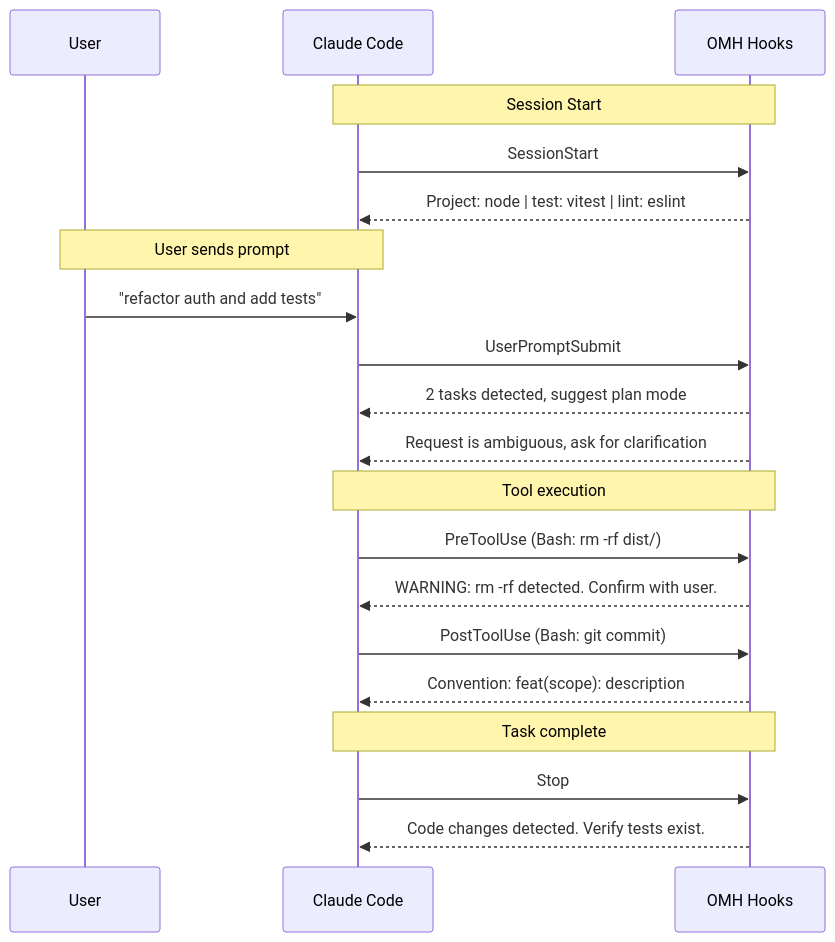
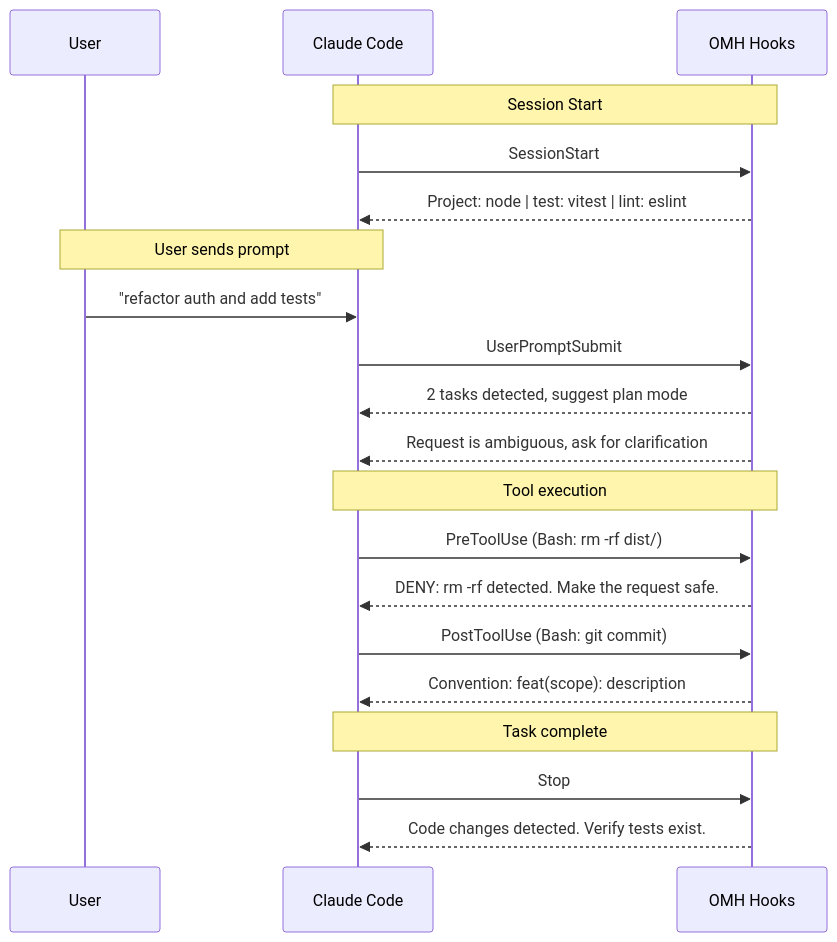
One commit to Hoya324/oh-my-harness changed the second of 3 diagrams in docs/architecture.md. Above: the diagram before and after it, drawn with Mermaid. The commit also changed other lines of this file and 15 other files, not shown here.

````diff
--- a/docs/architecture.md
+++ b/docs/architecture.md
@@ -120,27 +124,27 @@
 ```mermaid
 sequenceDiagram
     participant U as User
     participant CC as Claude Code
     participant OMH as OMH Hooks
 
     Note over CC,OMH: Session Start
     CC->>OMH: SessionStart
     OMH-->>CC: Project: node | test: vitest | lint: eslint
 
     Note over U,CC: User sends prompt
     U->>CC: "refactor auth and add tests"
     CC->>OMH: UserPromptSubmit
     OMH-->>CC: 2 tasks detected, suggest plan mode
     OMH-->>CC: Request is ambiguous, ask for clarification
 
     Note over CC,OMH: Tool execution
     CC->>OMH: PreToolUse (Bash: rm -rf dist/)
-    OMH-->>CC: WARNING: rm -rf detected. Confirm with user.
+    OMH-->>CC: DENY: rm -rf detected. Make the request safe.
 
     CC->>OMH: PostToolUse (Bash: git commit)
     OMH-->>CC: Convention: feat(scope): description
 
     Note over CC,OMH: Task complete
     CC->>OMH: Stop
     OMH-->>CC: Code changes detected. Verify tests exist.
 ```
````
